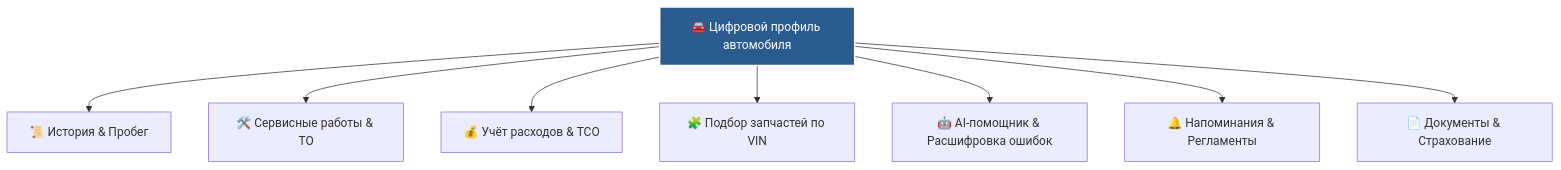
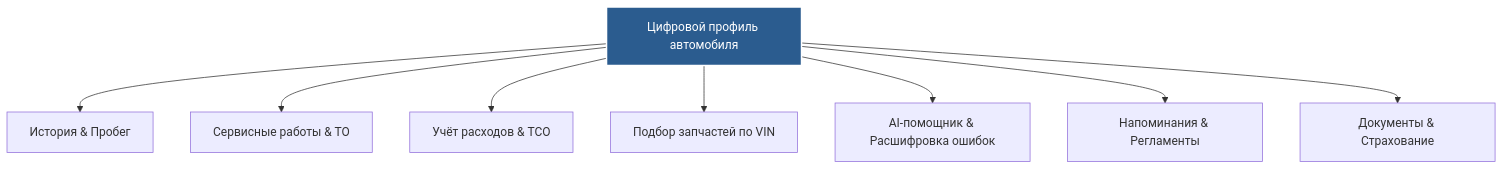
One commit to Yn1ro/pocket-garage changed the first of 5 diagrams in docs/ru/product/vision.md. Above: the diagram before and after it, drawn with Mermaid. The commit also changed other lines of this file, not shown here.

````diff
--- a/docs/ru/product/vision.md
+++ b/docs/ru/product/vision.md
@@ -11,15 +11,15 @@
 ```mermaid
 graph TD
-    Car[🚘 Цифровой профиль автомобиля]
+    Car[ Цифровой профиль автомобиля]
     
-    Car --> Data[📜 История & Пробег]
-    Car --> Maint[🛠️ Сервисные работы & ТО]
-    Car --> Exp[💰 Учёт расходов & TCO]
-    Car --> Parts[🧩 Подбор запчастей по VIN]
-    Car --> AI[🤖 AI-помощник & Расшифровка ошибок]
-    Car --> Remind[🔔 Напоминания & Регламенты]
-    Car --> Docs[📄 Документы & Страхование]
+    Car --> Data[ История & Пробег]
+    Car --> Maint[ Сервисные работы & ТО]
+    Car --> Exp[ Учёт расходов & TCO]
+    Car --> Parts[ Подбор запчастей по VIN]
+    Car --> AI[ AI-помощник & Расшифровка ошибок]
+    Car --> Remind[ Напоминания & Регламенты]
+    Car --> Docs[ Документы & Страхование]
 
     style Car fill:#2b5c8f,stroke:#fff,stroke-width:2px,color:#fff
 
 ```
````
